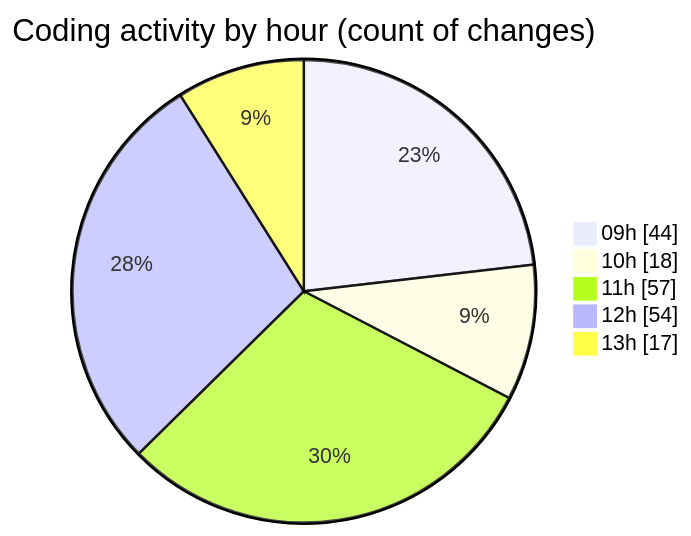
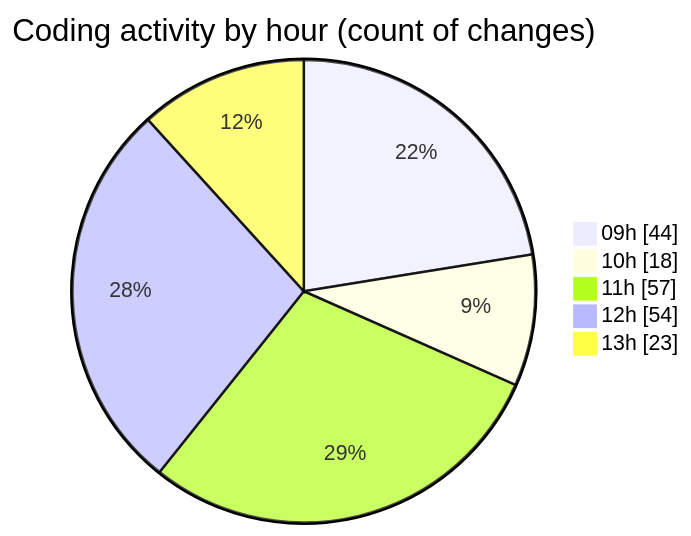
The second of 2 diagrams in 2026-08-07/cda/README.md (momahboobian/code-tracking), drawn with Mermaid before and after one commit. The commit also changed other lines of this file and 1 other file, not shown here.

````diff
--- a/2026-08-07/cda/README.md
+++ b/2026-08-07/cda/README.md
@@ -47,9 +47,9 @@
 ```mermaid
 pie showData
 title Coding activity by hour (count of changes)
 "09h" : 44
 "10h" : 18
 "11h" : 57
 "12h" : 54
-"13h" : 17
+"13h" : 23
 ```
````
